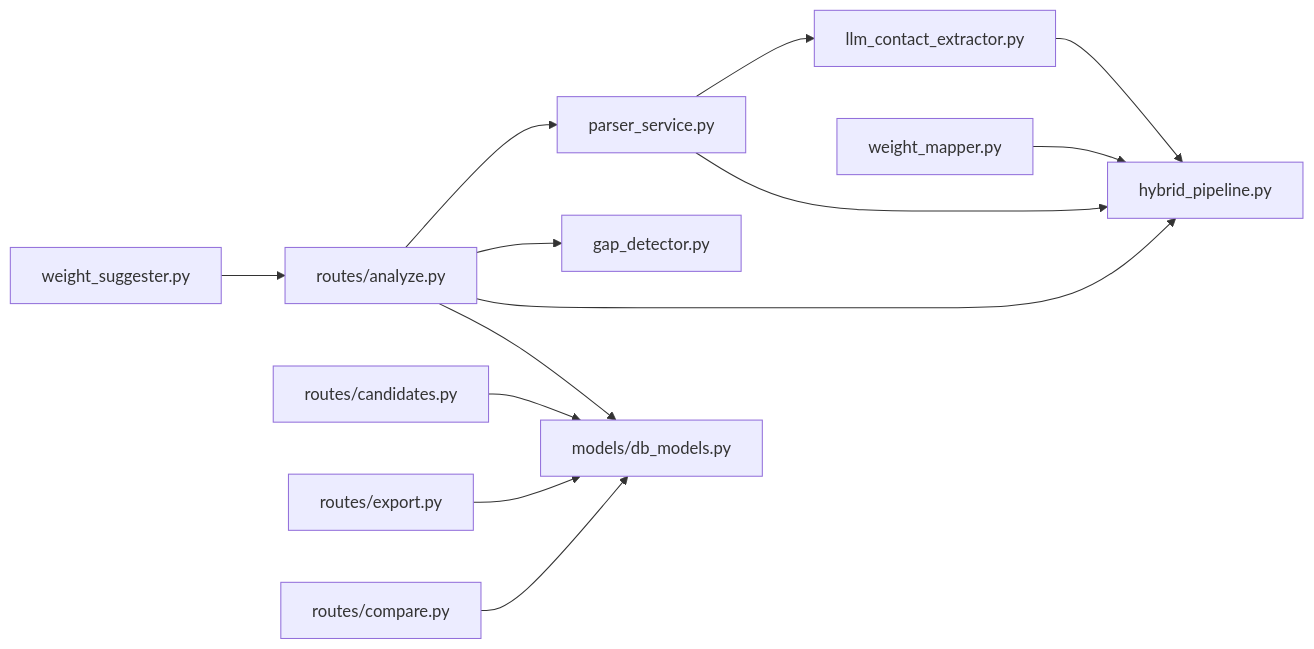
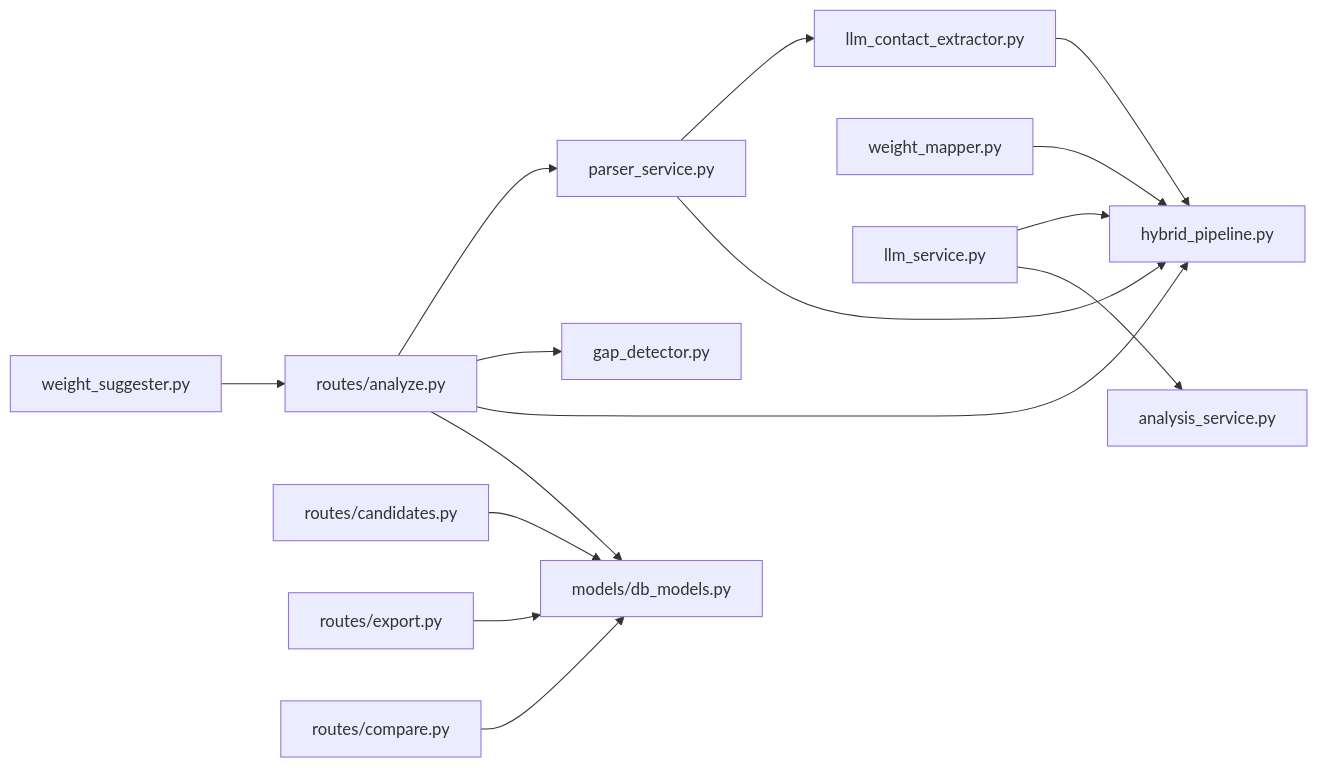
Diagram 12 of 12 in .qoder/repowiki/en/content/Candidate Management/Candidate Management.md (Revanththetalogics/aireume), drawn with Mermaid before and after one commit. The commit also changed other lines of this file and 2 other files, not shown here.

First line of the commit message:
fix: use enriched candidate data from analysis_result in candidates.py

````diff
--- a/.qoder/repowiki/en/content/Candidate Management/Candidate Management.md
+++ b/.qoder/repowiki/en/content/Candidate Management/Candidate Management.md
@@ -523,15 +590,17 @@
 ```mermaid
 graph LR
 PS["parser_service.py"] --> LCE["llm_contact_extractor.py"]
 PS --> HP["hybrid_pipeline.py"]
 LCE --> HP
 WM["weight_mapper.py"] --> HP
 WS["weight_suggester.py"] --> RA["routes/analyze.py"]
 RA --> PS
 RA --> GD["gap_detector.py"]
 RA --> HP
 RA --> DBM["models/db_models.py"]
 RC["routes/candidates.py"] --> DBM
 RE["routes/export.py"] --> DBM
 RCM["routes/compare.py"] --> DBM
+LS["llm_service.py"] --> HP
+LS --> AS["analysis_service.py"]
 ```
````
